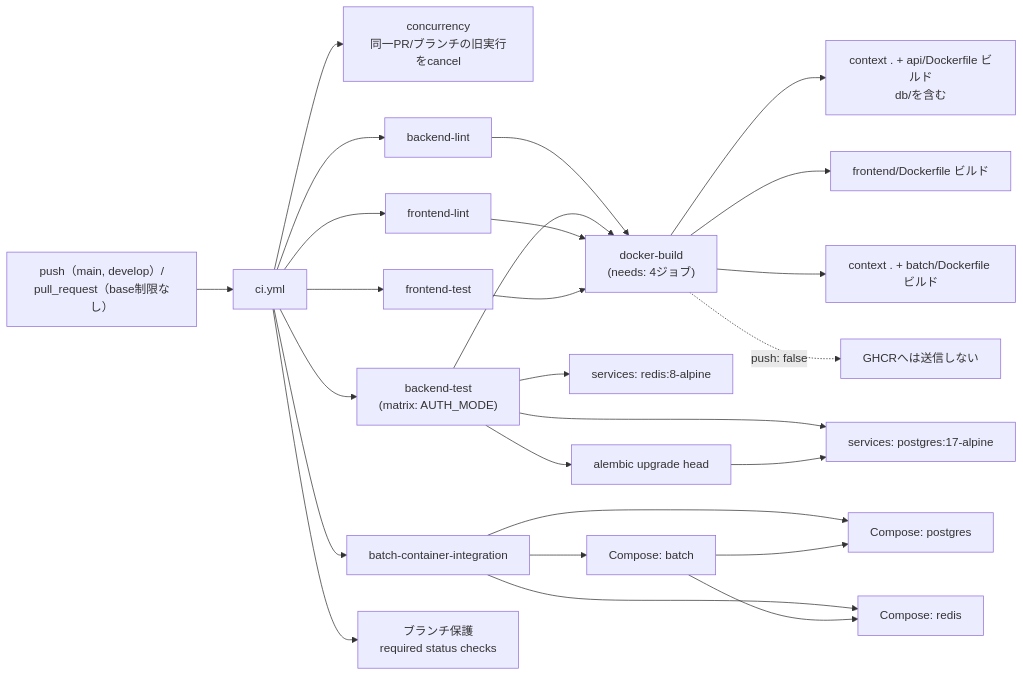
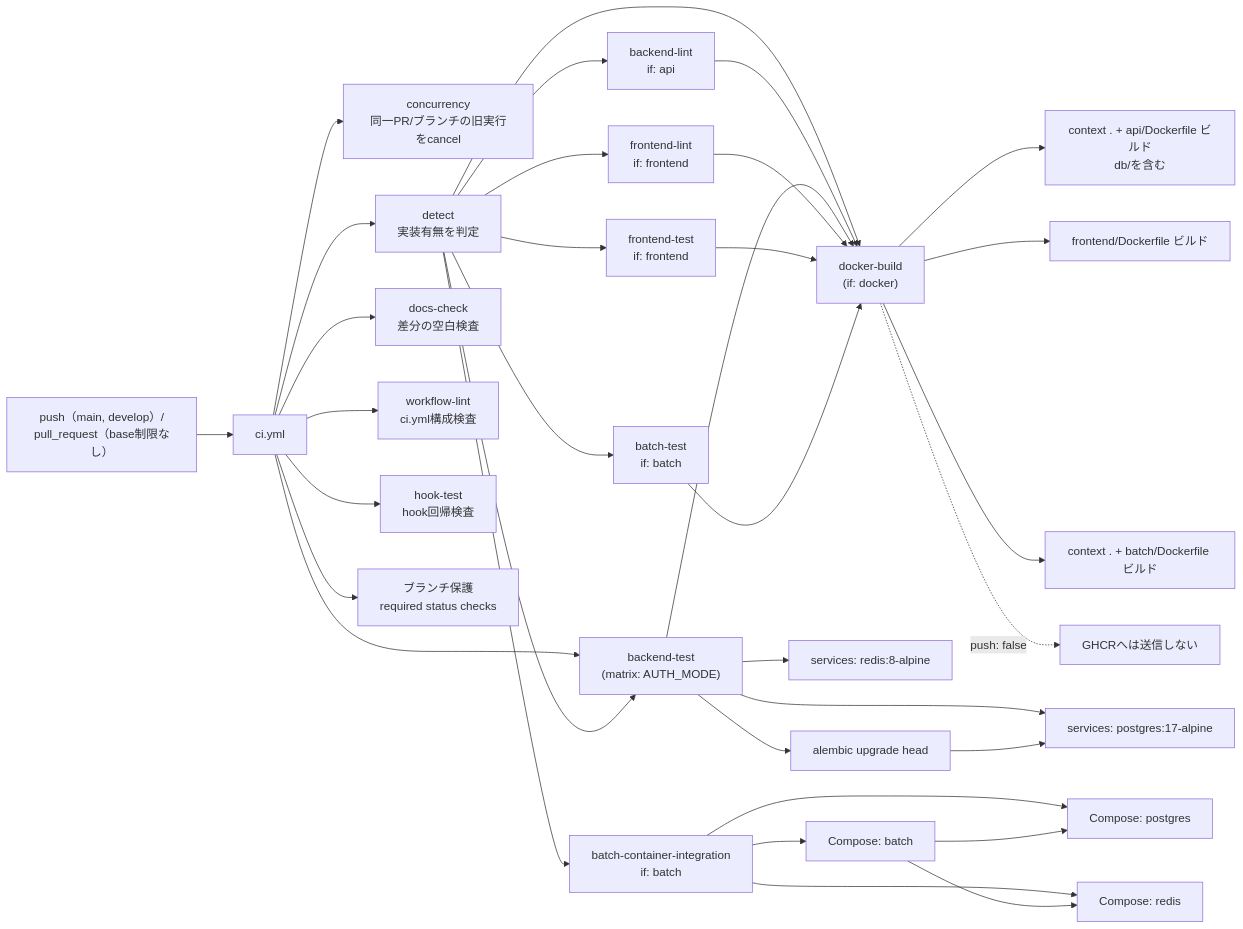
Before and after one commit to oikawa-d/task_management: the fourth of 4 diagrams in docs/detailed_design/infra/05_ci_workflow.md, drawn with Mermaid. The commit also changed other lines of this file, not shown here.

````diff
--- a/docs/detailed_design/infra/05_ci_workflow.md
+++ b/docs/detailed_design/infra/05_ci_workflow.md
@@ -240,28 +271,36 @@
 ```mermaid
 flowchart LR
     TRIG["push（main, develop）/<br/>pull_request（base制限なし）"] --> WF["ci.yml"]
     WF --> CONC["concurrency<br/>同一PR/ブランチの旧実行をcancel"]
-    WF --> BL["backend-lint"]
+    WF --> DET["detect<br/>実装有無を判定"]
+    WF --> DOC["docs-check<br/>差分の空白検査"]
+    WF --> WFL["workflow-lint<br/>ci.yml構成検査"]
+    WF --> HT["hook-test<br/>hook回帰検査"]
+    DET --> BL["backend-lint<br/>if: api"]
     WF --> BT["backend-test<br/>(matrix: AUTH_MODE)"]
-    WF --> FL["frontend-lint"]
-    WF --> FT["frontend-test"]
-    WF --> BI["batch-container-integration"]
+    DET --> BT
+    DET --> FL["frontend-lint<br/>if: frontend"]
+    DET --> FT["frontend-test<br/>if: frontend"]
+    DET --> BTEST["batch-test<br/>if: batch"]
+    DET --> BI["batch-container-integration<br/>if: batch"]
     BI --> BPG["Compose: postgres"]
     BI --> BRD["Compose: redis"]
     BI --> BATCH["Compose: batch"]
     BATCH --> BPG
     BATCH --> BRD
     BT --> PGSVC["services: postgres:17-alpine"]
     BT --> RDSVC["services: redis:8-alpine"]
     BT --> MIG["alembic upgrade head"]
     MIG --> PGSVC
-    BL --> DB["docker-build<br/>(needs: 4ジョブ)"]
+    DET --> DB["docker-build<br/>(if: docker)"]
+    BL --> DB
     BT --> DB
     FL --> DB
     FT --> DB
+    BTEST --> DB
     DB --> IMGBE["context . + api/Dockerfile ビルド<br/>db/を含む"]
     DB --> IMGFE["frontend/Dockerfile ビルド"]
     DB --> IMGBA["context . + batch/Dockerfile ビルド"]
     DB -.->|"push: false"| NOPUSH["GHCRへは送信しない"]
     WF --> BP["ブランチ保護<br/>required status checks"]
 ```
````
